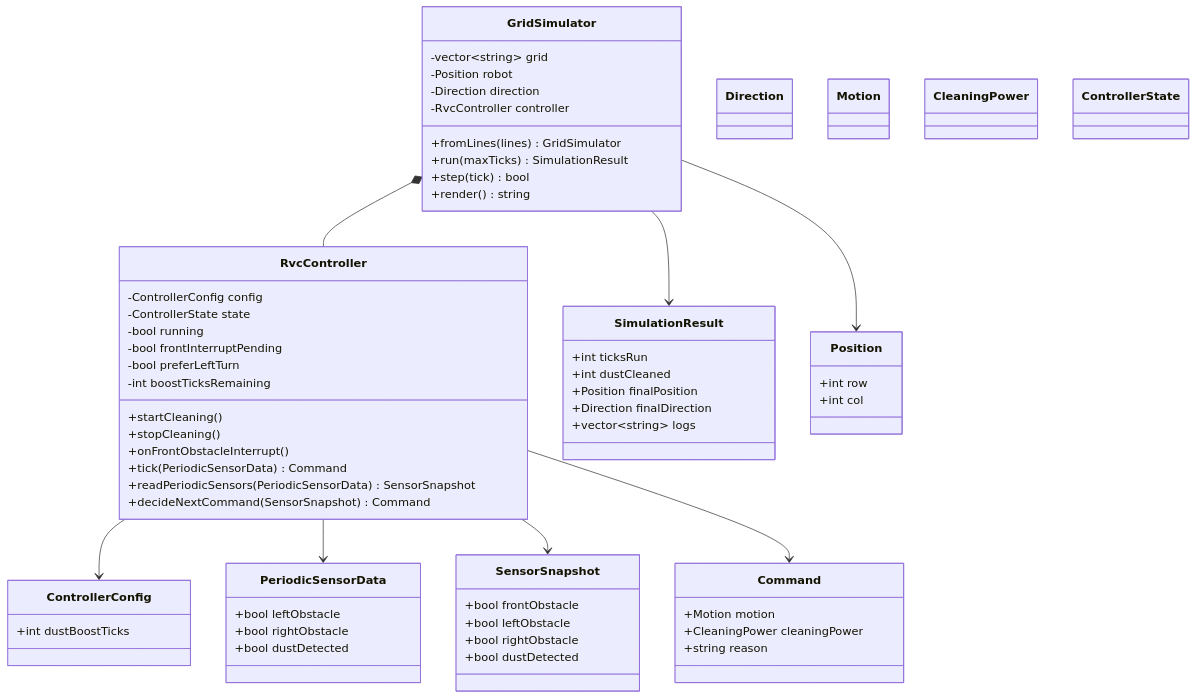
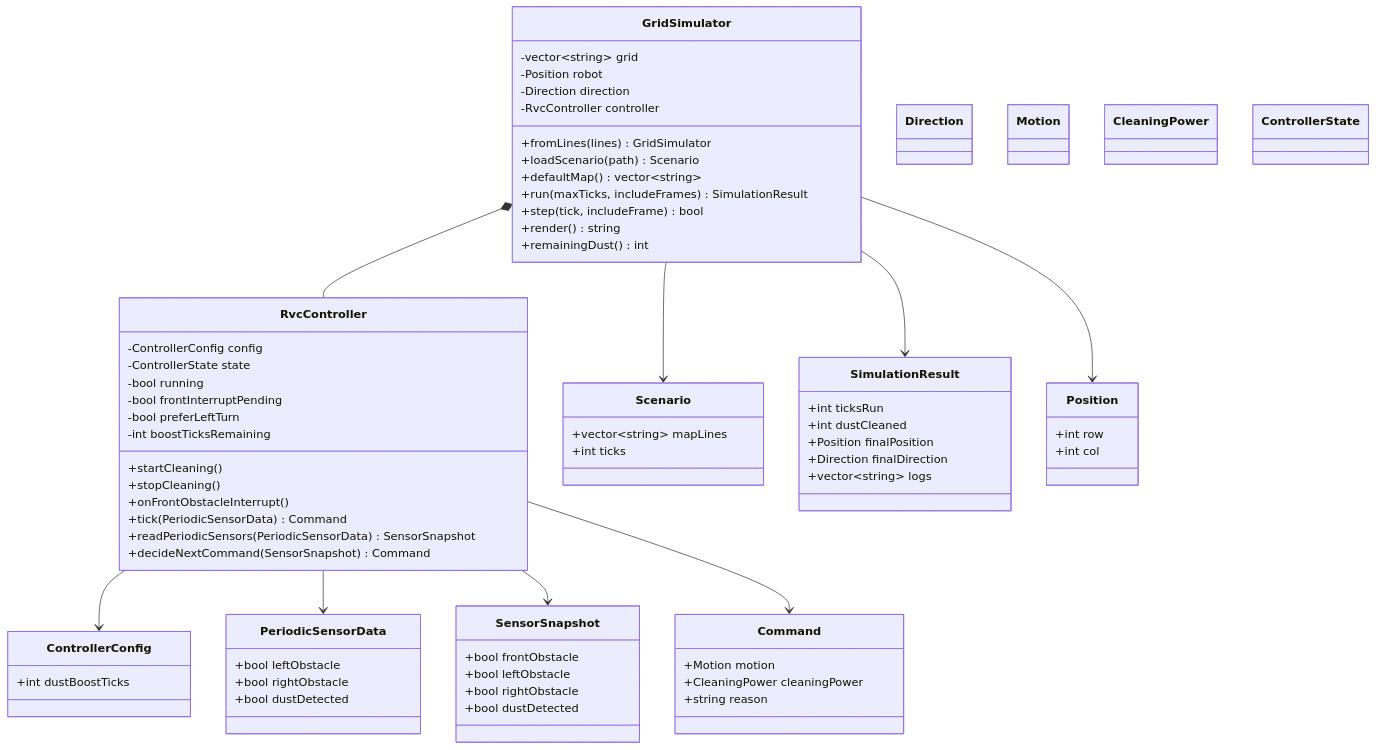
Before and after one commit to reload02/ooad-vibe: the diagram in docs/ood_class_diagram.md, drawn with Mermaid. The commit also changed other lines of this file and 8 other files, not shown here.

````diff
--- a/docs/ood_class_diagram.md
+++ b/docs/ood_class_diagram.md
@@ -48,9 +48,17 @@
         -Direction direction
         -RvcController controller
         +fromLines(lines) GridSimulator
-        +run(maxTicks) SimulationResult
-        +step(tick) bool
+        +loadScenario(path) Scenario
+        +defaultMap() vector~string~
+        +run(maxTicks, includeFrames) SimulationResult
+        +step(tick, includeFrame) bool
         +render() string
+        +remainingDust() int
+    }
+
+    class Scenario {
+        +vector~string~ mapLines
+        +int ticks
     }
 
     class SimulationResult {
@@ -76,6 +84,7 @@
     RvcController --> SensorSnapshot
     RvcController --> Command
     GridSimulator *-- RvcController
+    GridSimulator --> Scenario
     GridSimulator --> SimulationResult
     GridSimulator --> Position
 ```
````
